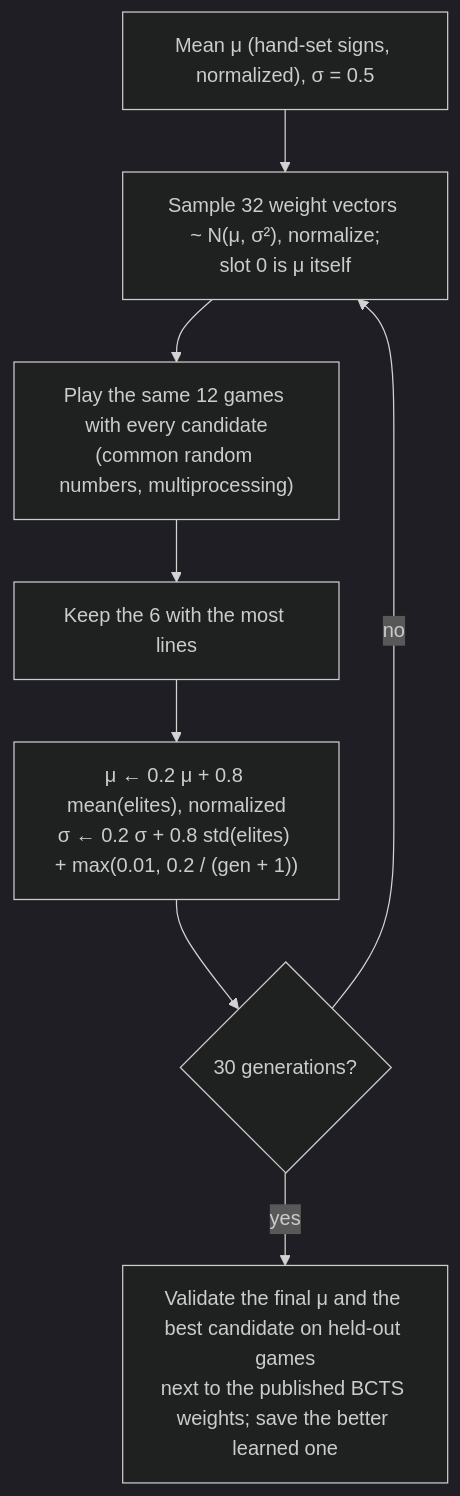
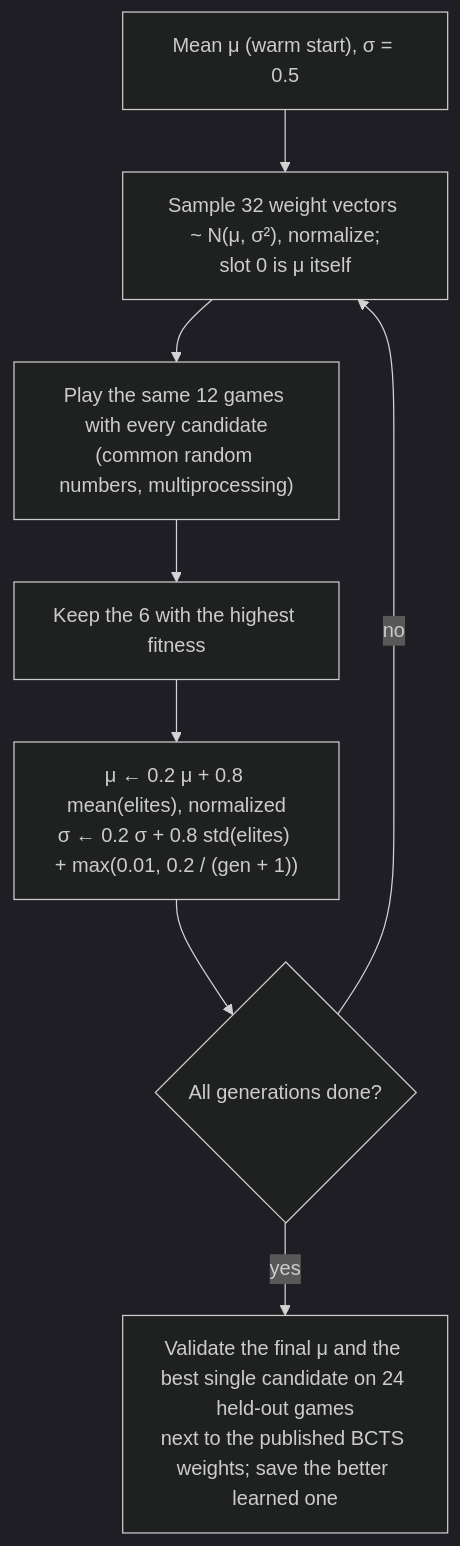
The diagram in docs/RL_ALGORITHMS.md (rusminto/Bot-Tetris-RL), drawn with Mermaid (dark theme) before and after one commit. The commit also changed other lines of this file and 19 other files, not shown here.

````diff
--- a/docs/RL_ALGORITHMS.md
+++ b/docs/RL_ALGORITHMS.md
@@ -47,10 +58,10 @@
 ```mermaid
 flowchart TD
-    INIT["Mean μ (hand-set signs, normalized), σ = 0.5"] --> SAMPLE["Sample 32 weight vectors ~ N(μ, σ²), normalize;\nslot 0 is μ itself"]
+    INIT["Mean μ (warm start), σ = 0.5"] --> SAMPLE["Sample 32 weight vectors ~ N(μ, σ²), normalize;\nslot 0 is μ itself"]
     SAMPLE --> EVAL["Play the same 12 games with every candidate\n(common random numbers, multiprocessing)"]
-    EVAL --> ELITE["Keep the 6 with the most lines"]
+    EVAL --> ELITE["Keep the 6 with the highest fitness"]
     ELITE --> UPDATE["μ ← 0.2 μ + 0.8 mean(elites), normalized\nσ ← 0.2 σ + 0.8 std(elites) + max(0.01, 0.2 / (gen + 1))"]
-    UPDATE --> DONE{"30 generations?"}
+    UPDATE --> DONE{"All generations done?"}
     DONE -- no --> SAMPLE
-    DONE -- yes --> VAL["Validate the final μ and the best candidate on held-out games\nnext to the published BCTS weights; save the better learned one"]
+    DONE -- yes --> VAL["Validate the final μ and the best single candidate on 24 held-out games\nnext to the published BCTS weights; save the better learned one"]
 ```
````
